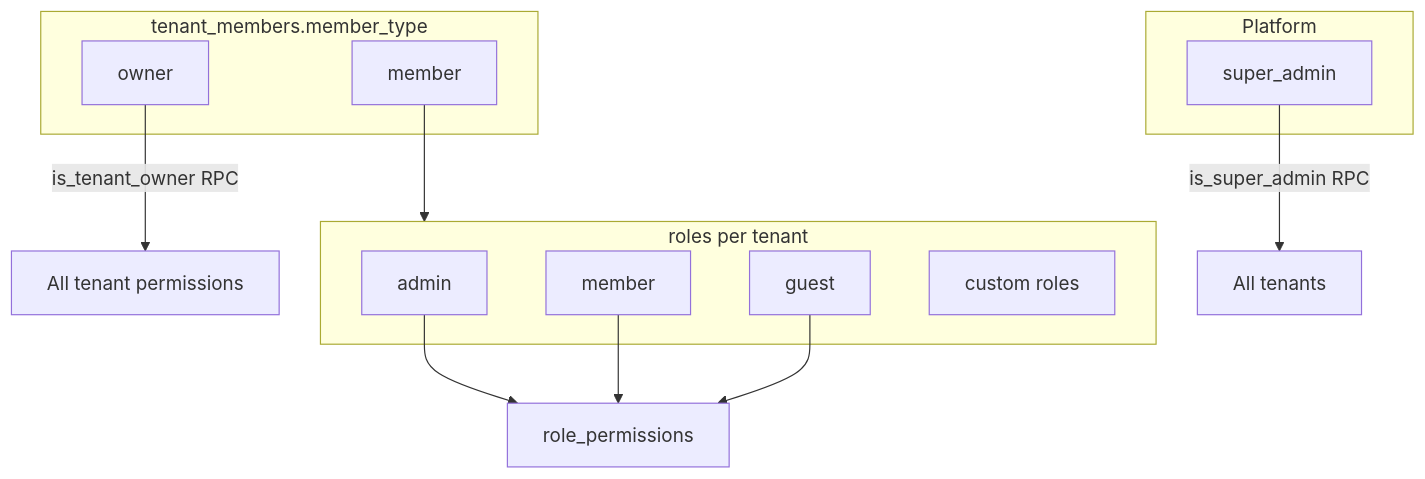
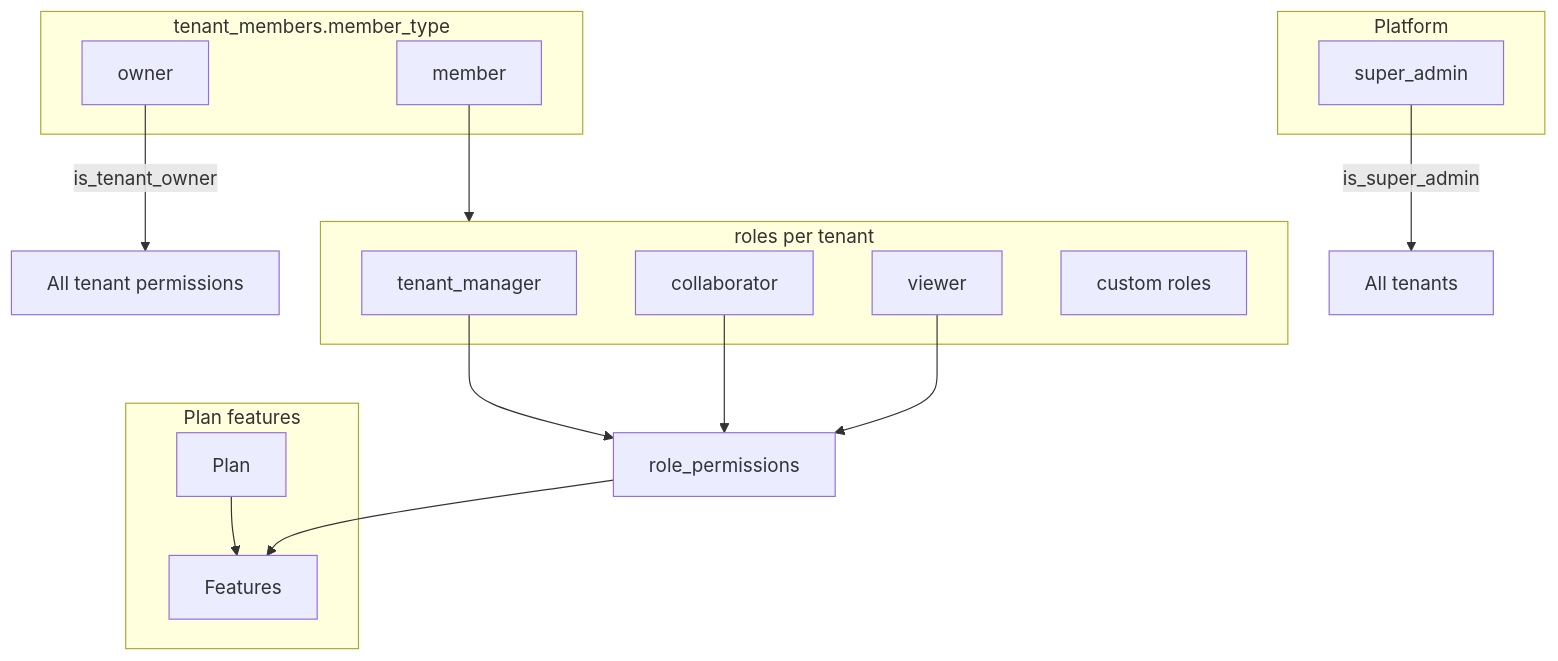
The diagram in docs/ROLES.md (fpresti/saas-foundation), drawn with Mermaid before and after one commit. The commit also changed other lines of this file and 15 other files, not shown here.

First line of the commit message:
Add plans/features entitlement and redesign tenant RBAC roles.

````diff
--- a/docs/ROLES.md
+++ b/docs/ROLES.md
@@ -18,25 +48,32 @@
 ```mermaid
 flowchart TB
   subgraph platform [Platform]
     SA[super_admin]
   end
 
   subgraph membership [tenant_members.member_type]
     OW[owner]
     MB[member]
   end
 
   subgraph rbac [roles per tenant]
-    AD[admin]
-    ME[member]
-    GU[guest]
+    TM[tenant_manager]
+    CO[collaborator]
+    VI[viewer]
     CU[custom roles]
   end
 
-  SA -->|is_super_admin RPC| AllTenants[All tenants]
-  OW -->|is_tenant_owner RPC| AllPerms[All tenant permissions]
+  subgraph entitlement [Plan features]
+    PL[Plan]
+    FE[Features]
+    PL --> FE
+  end
+
+  SA -->|is_super_admin| AllTenants[All tenants]
+  OW -->|is_tenant_owner| AllTenantPerms[All tenant permissions]
   MB --> rbac
-  AD --> Perms[role_permissions]
-  ME --> Perms
-  GU --> Perms
+  TM --> Perms[role_permissions]
+  CO --> Perms
+  VI --> Perms
+  Perms --> FE
 ```
````
